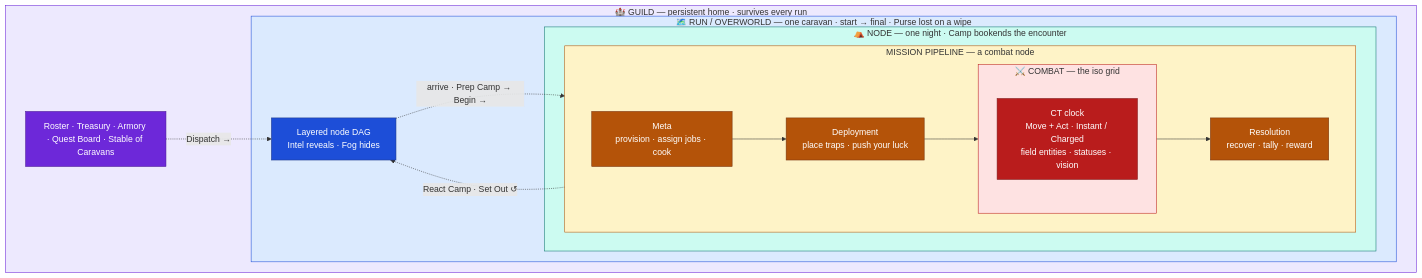
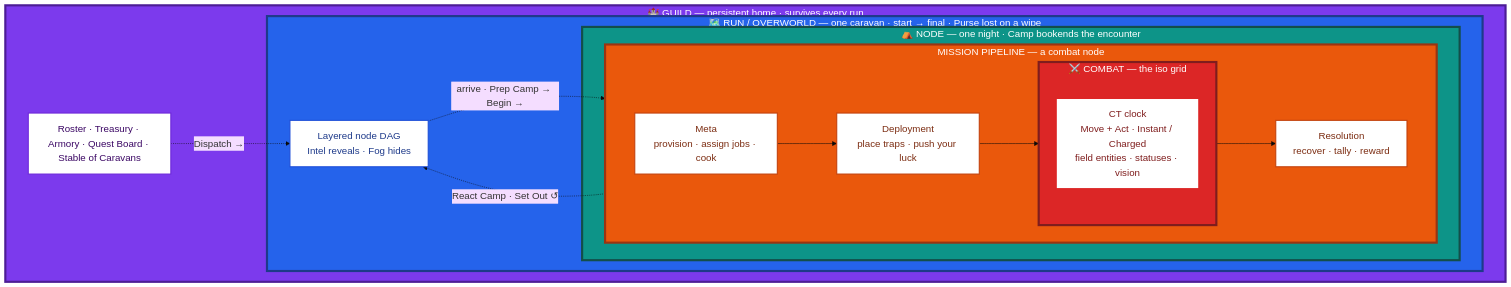
One commit to goplemms/campfire-tactics changed the diagram in docs/design/atlas/00-nesting.md. Above: the diagram before and after it, drawn with Mermaid. The commit also changed 1 other file, not shown here.

Commit message:
docs(atlas): solid-color house style — clearer nesting, larger type
Apply review feedback to the two sample diagrams: replace the pale tinted
palette with solid, distinct scale colors (nesting now reads as concentric
frames), white content boxes for legibility, thicker borders, and a larger
base font via an init directive.

Claude-Session: https://claude.ai/code/session_018SNjNk4PK9FBHroT5abTFo

````diff
--- a/docs/design/atlas/00-nesting.md
+++ b/docs/design/atlas/00-nesting.md
@@ -11,47 +11,48 @@
 ```mermaid
+%%{init: {'theme':'base','themeVariables':{'fontSize':'18px','fontFamily':'ui-sans-serif, system-ui, sans-serif'},'flowchart':{'nodeSpacing':45,'rankSpacing':60,'padding':16}}}%%
 flowchart TB
   subgraph GUILD["🏰 GUILD — persistent home · survives every run"]
     HOME["Roster · Treasury · Armory · Quest Board · Stable of Caravans"]
 
     subgraph RUN["🗺️ RUN / OVERWORLD — one caravan · start → final · Purse lost on a wipe"]
       MAP["Layered node DAG<br/>Intel reveals · Fog hides"]
 
       subgraph NODE["⛺ NODE — one night · Camp bookends the encounter"]
 
         subgraph MISSION["MISSION PIPELINE — a combat node"]
           direction LR
           META["Meta<br/>provision · assign jobs · cook"]
           DEPLOY["Deployment<br/>place traps · push your luck"]
           RES["Resolution<br/>recover · tally · reward"]
 
           subgraph COMBAT["⚔️ COMBAT — the iso grid"]
             CT["CT clock<br/>Move + Act · Instant / Charged<br/>field entities · statuses · vision"]
           end
 
           META --> DEPLOY --> COMBAT --> RES
         end
       end
     end
   end
 
   HOME -. "Dispatch →" .-> MAP
   MAP -. "arrive · Prep Camp → Begin →" .-> META
   RES -. "React Camp · Set Out ↺" .-> MAP
 
-  %% ── shared scale palette (see atlas README) ──
-  classDef guild fill:#6D28D9,color:#fff,stroke:#4C1D95,stroke-width:1px
-  classDef run fill:#1D4ED8,color:#fff,stroke:#1E3A8A,stroke-width:1px
-  classDef mission fill:#B45309,color:#fff,stroke:#78350F,stroke-width:1px
-  classDef combat fill:#B91C1C,color:#fff,stroke:#7F1D1D,stroke-width:1px
+  %% ── shared scale palette (see atlas README): solid frames, white content boxes ──
+  classDef guildLeaf fill:#ffffff,color:#3B0764,stroke:#6D28D9,stroke-width:2px
+  classDef runLeaf fill:#ffffff,color:#1E3A8A,stroke:#1D4ED8,stroke-width:2px
+  classDef missionLeaf fill:#ffffff,color:#7C2D12,stroke:#C2410C,stroke-width:2px
+  classDef combatLeaf fill:#ffffff,color:#7F1D1D,stroke:#DC2626,stroke-width:2px
 
-  class HOME guild
-  class MAP run
-  class META,DEPLOY,RES mission
-  class CT combat
+  class HOME guildLeaf
+  class MAP runLeaf
+  class META,DEPLOY,RES missionLeaf
+  class CT combatLeaf
 
-  style GUILD fill:#EDE9FE,stroke:#6D28D9
-  style RUN fill:#DBEAFE,stroke:#1D4ED8
-  style NODE fill:#CCFBF1,stroke:#0F766E
-  style MISSION fill:#FEF3C7,stroke:#B45309
-  style COMBAT fill:#FEE2E2,stroke:#B91C1C
+  style GUILD fill:#7C3AED,color:#ffffff,stroke:#4C1D95,stroke-width:4px
+  style RUN fill:#2563EB,color:#ffffff,stroke:#1E3A8A,stroke-width:4px
+  style NODE fill:#0D9488,color:#ffffff,stroke:#134E4A,stroke-width:4px
+  style MISSION fill:#EA580C,color:#ffffff,stroke:#9A3412,stroke-width:4px
+  style COMBAT fill:#DC2626,color:#ffffff,stroke:#7F1D1D,stroke-width:4px
 ```
````
